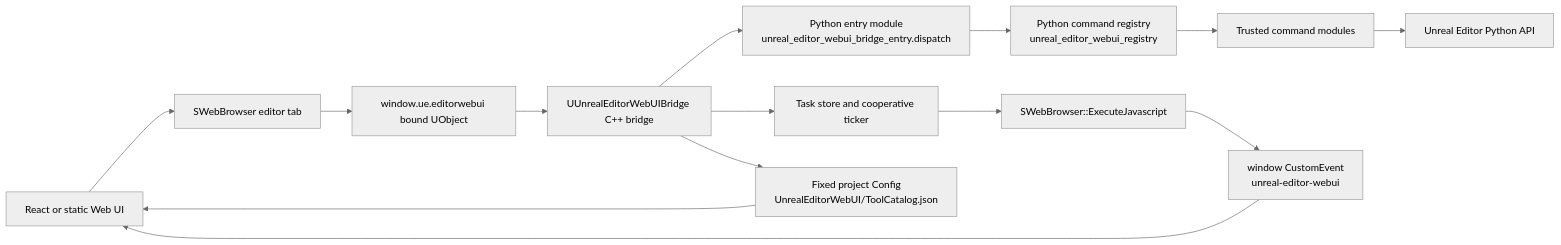
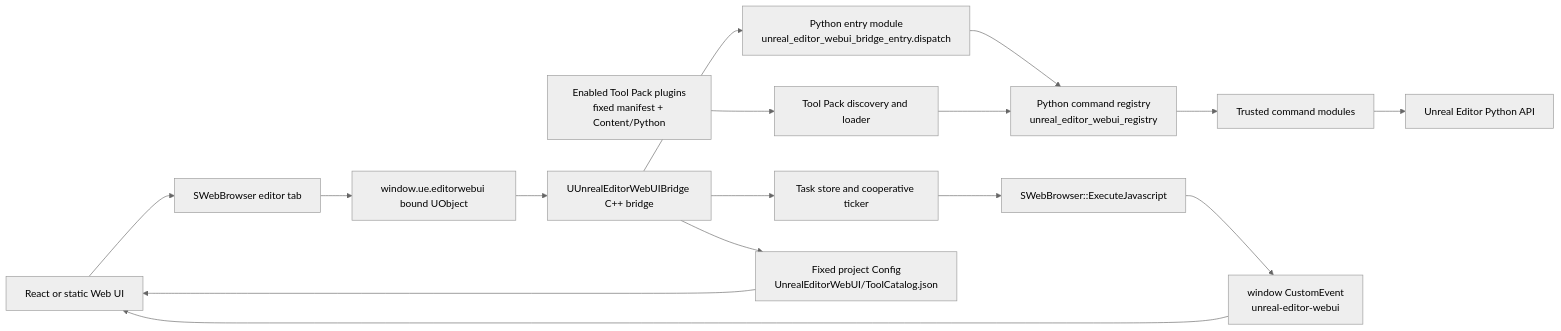
One commit to zhuoxyang/unreal-editor-webui changed the diagram in docs/architecture.md. Above: the diagram before and after it, drawn with Mermaid (neutral theme). The commit also changed other lines of this file and 36 other files, not shown here.

First line of the commit message:
feat: add Tool Pack v1 and stable Python SDK for v0.3.0 (#106)

````diff
--- a/docs/architecture.md
+++ b/docs/architecture.md
@@ -7,16 +7,18 @@
 ```mermaid
 flowchart LR
     A["React or static Web UI"] --> B["SWebBrowser editor tab"]
     B --> C["window.ue.editorwebui bound UObject"]
     C --> D["UUnrealEditorWebUIBridge C++ bridge"]
     D --> E["Python entry module<br/>unreal_editor_webui_bridge_entry.dispatch"]
     E --> F["Python command registry<br/>unreal_editor_webui_registry"]
     F --> G["Trusted command modules"]
     G --> H["Unreal Editor Python API"]
+    M["Enabled Tool Pack plugins<br/>fixed manifest + Content/Python"] --> N["Tool Pack discovery and loader"]
+    N --> F
     D --> I["Task store and cooperative ticker"]
     I --> J["SWebBrowser::ExecuteJavascript"]
     J --> K["window CustomEvent<br/>unreal-editor-webui"]
     K --> A
     D --> L["Fixed project Config<br/>UnrealEditorWebUI/ToolCatalog.json"]
     L --> A
 ```
````
